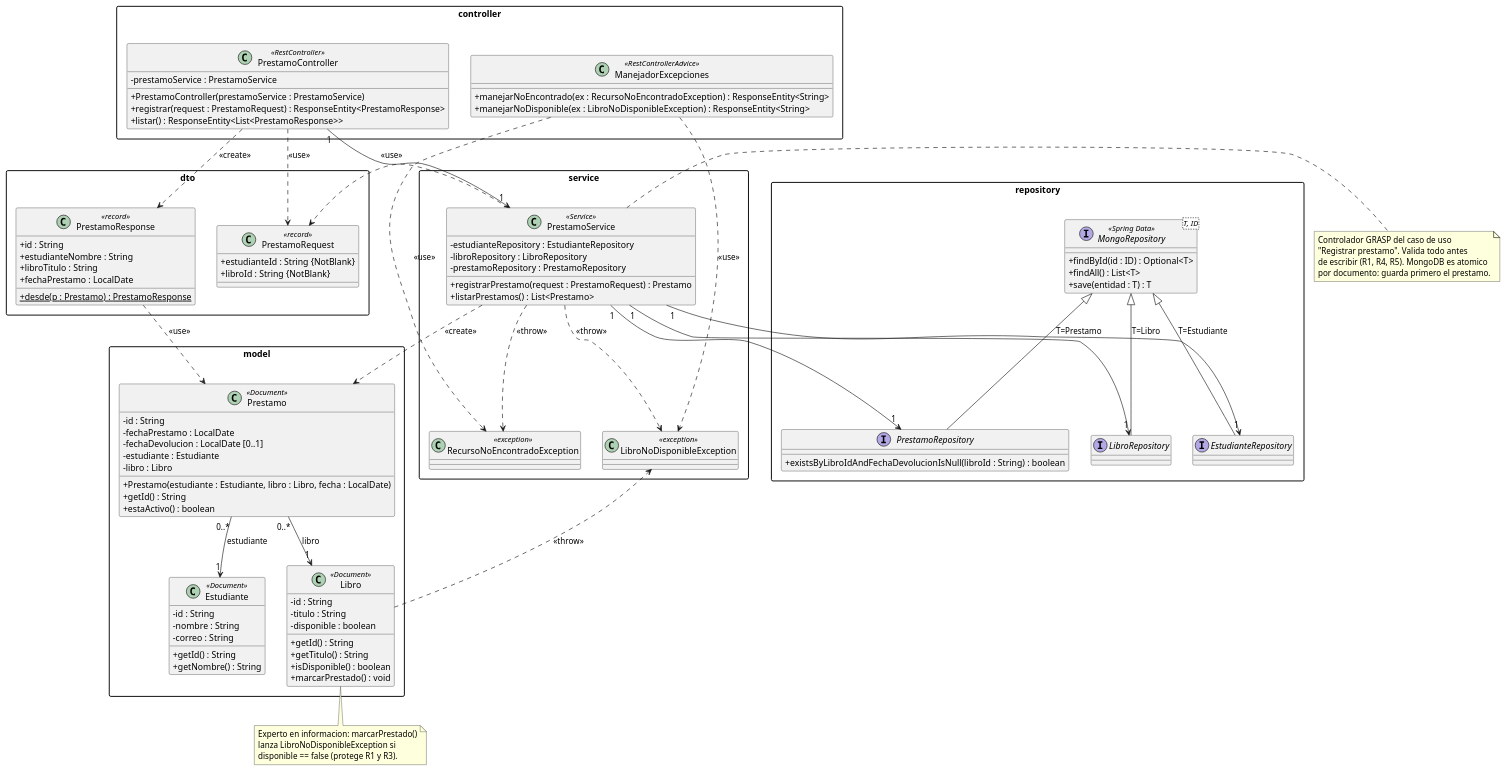
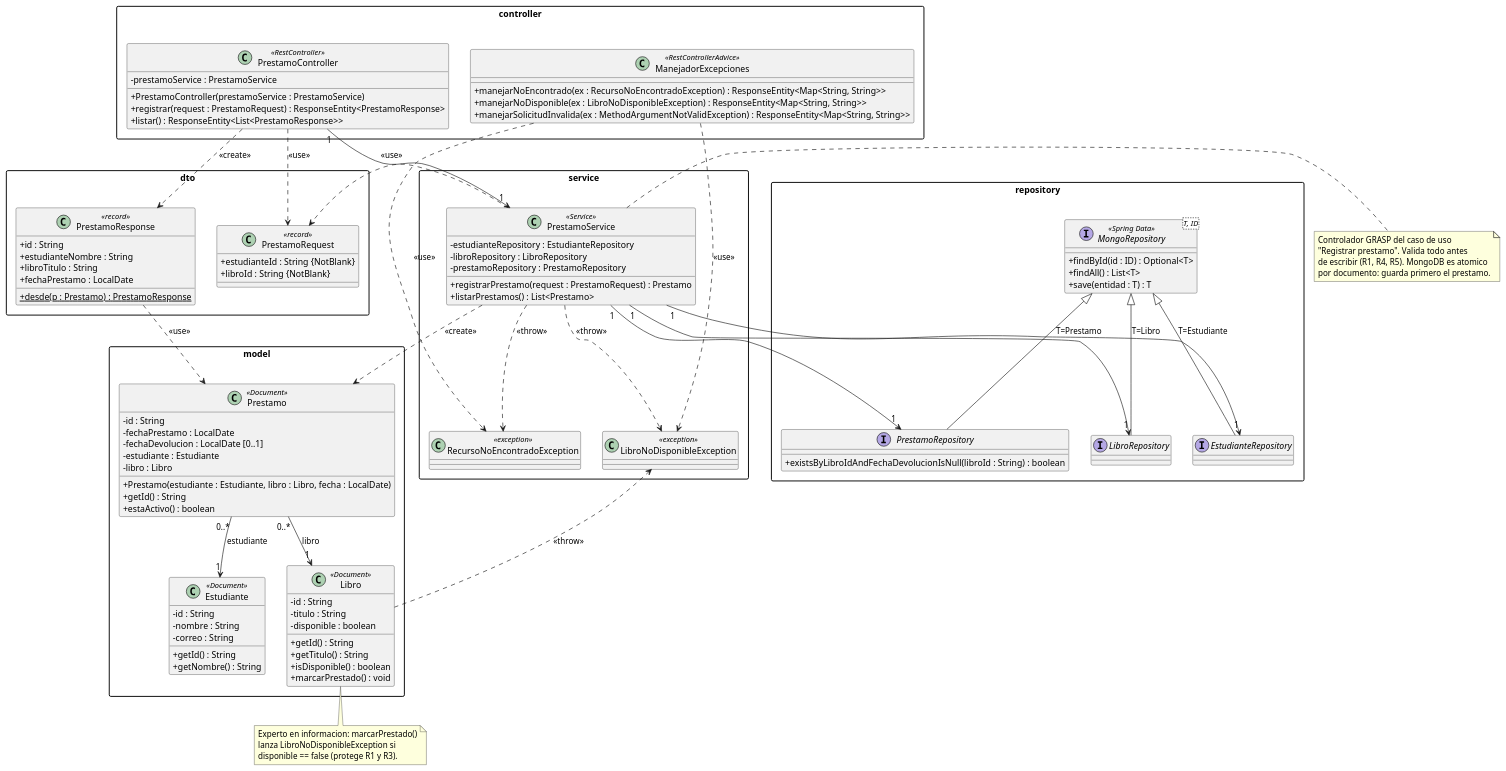
One commit to walterjojoa/TALLER-PRACTICO-BLOQUE-7 changed the diagram in diagramas/plantuml/02_diagrama_clases_capas.puml. Above: the diagram before and after it, drawn with PlantUML. The commit also changed 6 other files, not shown here.

First line of the commit message:
Revision final: diagramas coherentes con el codigo

```diff
--- a/diagramas/plantuml/02_diagrama_clases_capas.puml
+++ b/diagramas/plantuml/02_diagrama_clases_capas.puml
@@ -1,127 +1,128 @@
 @startuml 02_Diagrama_Clases_Por_Capas
 ' Actividad 3 - Modelo por capas: Controller -> Service -> Repository
 skinparam classAttributeIconSize 0
 skinparam shadowing false
 skinparam packageStyle rectangle
 
 package "controller" {
   class PrestamoController <<RestController>> {
     - prestamoService : PrestamoService
     + PrestamoController(prestamoService : PrestamoService)
     + registrar(request : PrestamoRequest) : ResponseEntity<PrestamoResponse>
     + listar() : ResponseEntity<List<PrestamoResponse>>
   }
   class ManejadorExcepciones <<RestControllerAdvice>> {
-    + manejarNoEncontrado(ex : RecursoNoEncontradoException) : ResponseEntity<String>
-    + manejarNoDisponible(ex : LibroNoDisponibleException) : ResponseEntity<String>
+    + manejarNoEncontrado(ex : RecursoNoEncontradoException) : ResponseEntity<Map<String, String>>
+    + manejarNoDisponible(ex : LibroNoDisponibleException) : ResponseEntity<Map<String, String>>
+    + manejarSolicitudInvalida(ex : MethodArgumentNotValidException) : ResponseEntity<Map<String, String>>
   }
 }
 
 package "dto" {
   class PrestamoRequest <<record>> {
     + estudianteId : String {NotBlank}
     + libroId : String {NotBlank}
   }
   class PrestamoResponse <<record>> {
     + id : String
     + estudianteNombre : String
     + libroTitulo : String
     + fechaPrestamo : LocalDate
     + {static} desde(p : Prestamo) : PrestamoResponse
   }
 }
 
 package "service" {
   class PrestamoService <<Service>> {
     - estudianteRepository : EstudianteRepository
     - libroRepository : LibroRepository
     - prestamoRepository : PrestamoRepository
     + registrarPrestamo(request : PrestamoRequest) : Prestamo
     + listarPrestamos() : List<Prestamo>
   }
   class RecursoNoEncontradoException <<exception>>
   class LibroNoDisponibleException <<exception>>
 }
 
 package "repository" {
   interface "MongoRepository<T, ID>" as MongoRepository <<Spring Data>> {
     + findById(id : ID) : Optional<T>
     + findAll() : List<T>
     + save(entidad : T) : T
   }
   interface EstudianteRepository
   interface LibroRepository
   interface PrestamoRepository {
     + existsByLibroIdAndFechaDevolucionIsNull(libroId : String) : boolean
   }
 }
 
 package "model" {
   class Estudiante <<Document>> {
     - id : String
     - nombre : String
     - correo : String
     + getId() : String
     + getNombre() : String
   }
   class Libro <<Document>> {
     - id : String
     - titulo : String
     - disponible : boolean
     + getId() : String
     + getTitulo() : String
     + isDisponible() : boolean
     + marcarPrestado() : void
   }
   class Prestamo <<Document>> {
     - id : String
     - fechaPrestamo : LocalDate
     - fechaDevolucion : LocalDate [0..1]
     - estudiante : Estudiante
     - libro : Libro
     + Prestamo(estudiante : Estudiante, libro : Libro, fecha : LocalDate)
     + getId() : String
     + estaActivo() : boolean
   }
 }
 
 ' Relaciones estructurales entre capas (atributo inyectado por constructor)
 PrestamoController "1" --> "1" PrestamoService
 PrestamoService "1" --> "1" EstudianteRepository
 PrestamoService "1" --> "1" LibroRepository
 PrestamoService "1" --> "1" PrestamoRepository
 
 ' Generalizacion entre interfaces (Spring Data genera la implementacion en tiempo de ejecucion)
 MongoRepository <|-- EstudianteRepository : T=Estudiante
 MongoRepository <|-- LibroRepository : T=Libro
 MongoRepository <|-- PrestamoRepository : T=Prestamo
 
 ' Asociaciones del dominio (navegables desde Prestamo, @DocumentReference: se guardan los ids)
 Prestamo "0..*" --> "1" Estudiante : estudiante
 Prestamo "0..*" --> "1" Libro : libro
 
 ' Dependencias (uso puntual: parametro, retorno, creacion, excepcion)
 PrestamoController ..> PrestamoRequest : <<use>>
 PrestamoController ..> PrestamoResponse : <<create>>
 PrestamoService ..> PrestamoRequest : <<use>>
 PrestamoService ..> Prestamo : <<create>>
 PrestamoService ..> RecursoNoEncontradoException : <<throw>>
 PrestamoService ..> LibroNoDisponibleException : <<throw>>
 PrestamoResponse ..> Prestamo : <<use>>
 ManejadorExcepciones ..> RecursoNoEncontradoException : <<use>>
 ManejadorExcepciones ..> LibroNoDisponibleException : <<use>>
 Libro ..> LibroNoDisponibleException : <<throw>>
 
 note right of PrestamoService
   Controlador GRASP del caso de uso
   "Registrar prestamo". Valida todo antes
   de escribir (R1, R4, R5). MongoDB es atomico
   por documento: guarda primero el prestamo.
 end note
 
 note bottom of Libro
   Experto en informacion: marcarPrestado()
   lanza LibroNoDisponibleException si
   disponible == false (protege R1 y R3).
 end note
 @enduml
```
